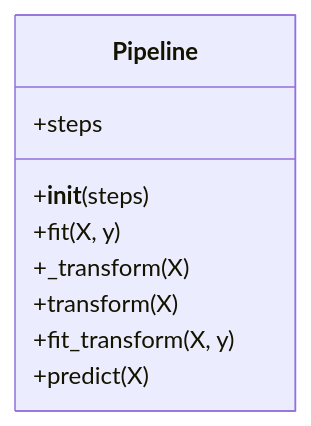
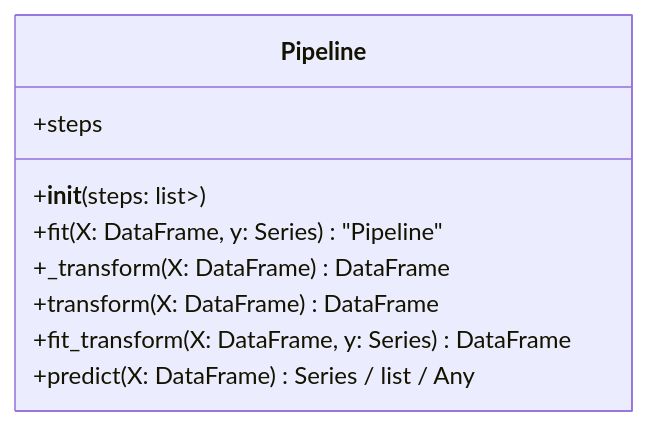
The diagram in packages/glassbox-pipeline/docs/UML_Class_Diagram.md (SmollCoco/GlassBox), drawn with Mermaid before and after one commit. The commit also changed 24 other files, not shown here.

Commit message:
Refining the project's structure and refining README files and UML class diagrams

````diff
--- a/packages/glassbox-pipeline/docs/UML_Class_Diagram.md
+++ b/packages/glassbox-pipeline/docs/UML_Class_Diagram.md
@@ -3,12 +3,12 @@
 ```mermaid
 classDiagram
     class Pipeline {
         +steps
-        +__init__(steps)
-        +fit(X, y)
-        +_transform(X)
-        +transform(X)
-        +fit_transform(X, y)
-        +predict(X)
+        +__init__(steps: list<tuple<str, Any>>)
+        +fit(X: DataFrame, y: Series)  "Pipeline"
+        +_transform(X: DataFrame)  DataFrame
+        +transform(X: DataFrame)  DataFrame
+        +fit_transform(X: DataFrame, y: Series)  DataFrame
+        +predict(X: DataFrame)  Series / list / Any
     }
 ```
````
